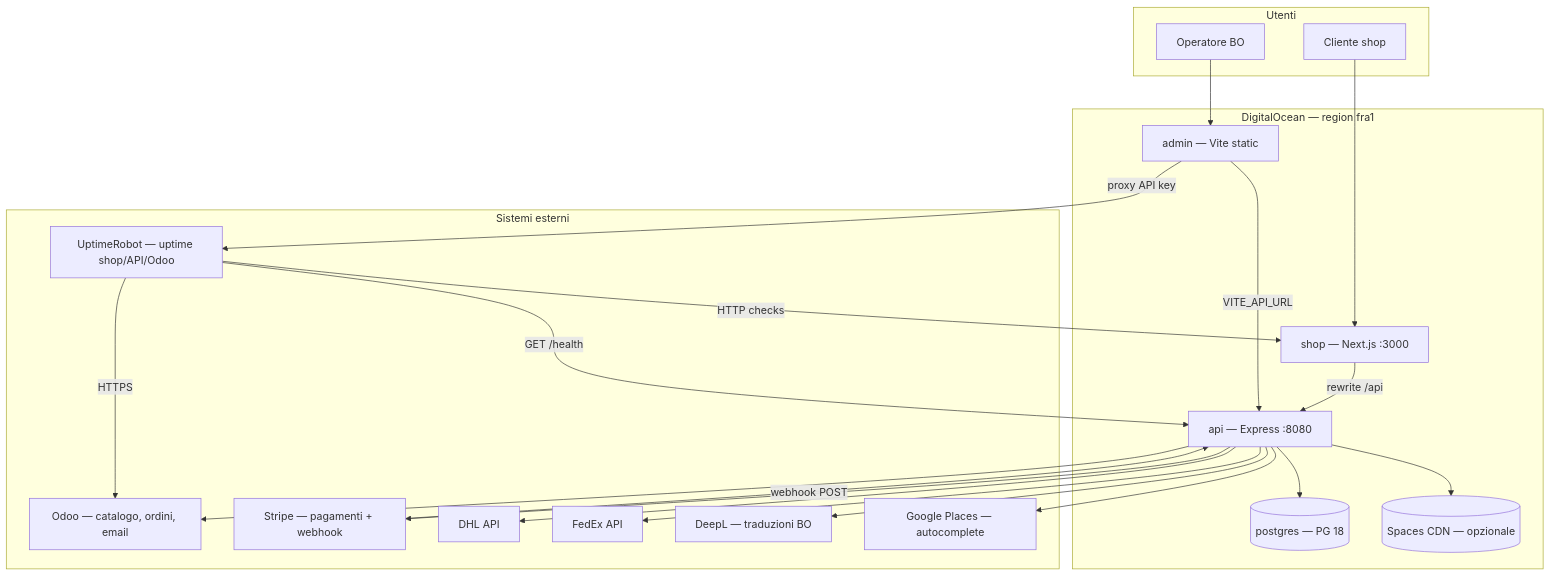
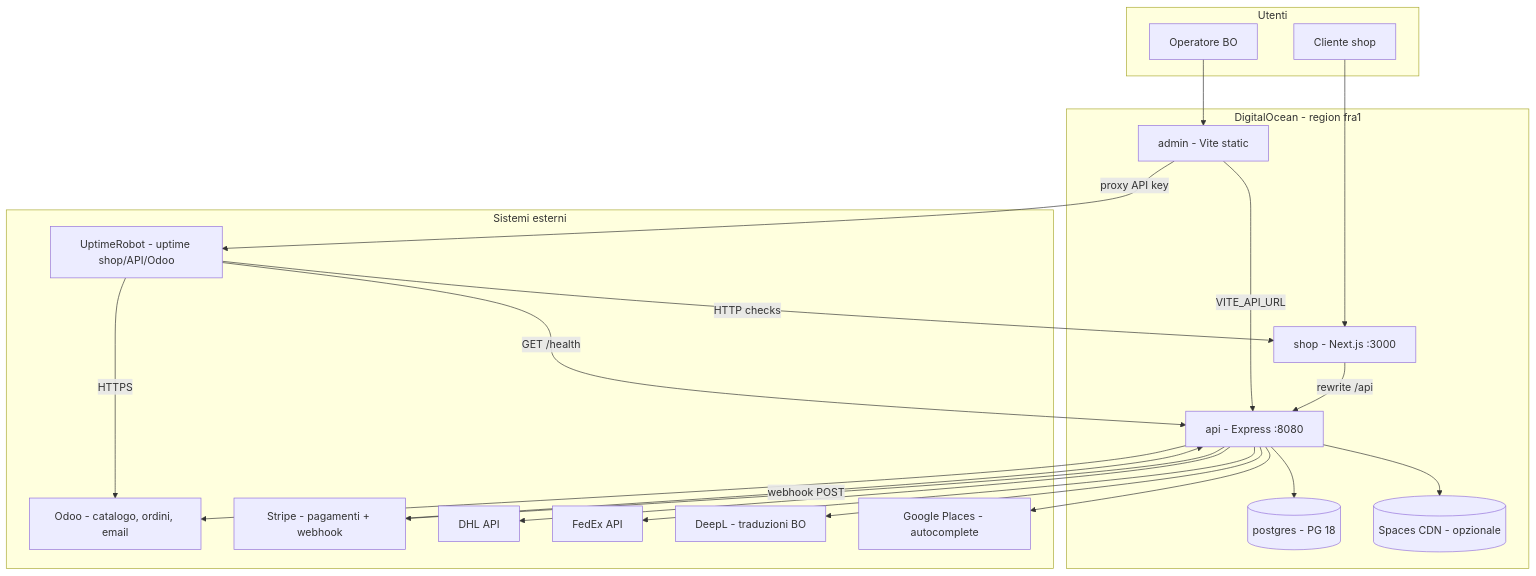
Before and after one commit to rzaccardi/ideadiluce-pwa: the diagram in .do/GO-LIVE.md, drawn with Mermaid. The commit also changed other lines of this file and 266 other files, not shown here.

First line of the commit message:
feat: anteprima template email in admin e allinea vetrina e mail

````diff
--- a/.do/GO-LIVE.md
+++ b/.do/GO-LIVE.md
@@ -17,43 +17,43 @@
 ```mermaid
 flowchart TB
   subgraph users [Utenti]
     SHOP_USER[Cliente shop]
     ADMIN_USER[Operatore BO]
   end
 
-  subgraph do [DigitalOcean — region fra1]
-    SHOP[shop — Next.js :3000]
-    API[api — Express :8080]
-    ADMIN[admin — Vite static]
-    PG[(postgres — PG 18)]
-    SPACES[(Spaces CDN — opzionale)]
+  subgraph do [DigitalOcean - region fra1]
+    SHOP[shop - Next.js :3000]
+    API[api - Express :8080]
+    ADMIN[admin - Vite static]
+    PG[(postgres - PG 18)]
+    SPACES[(Spaces CDN - opzionale)]
   end
 
   subgraph external [Sistemi esterni]
-    ODOO[Odoo — catalogo, ordini, email]
-    STRIPE[Stripe — pagamenti + webhook]
+    ODOO[Odoo - catalogo, ordini, email]
+    STRIPE[Stripe - pagamenti + webhook]
     DHL[DHL API]
     FEDEX[FedEx API]
-    DEEPL[DeepL — traduzioni BO]
-    GMAPS[Google Places — autocomplete]
-    UPTIME[UptimeRobot — uptime shop/API/Odoo]
+    DEEPL[DeepL - traduzioni BO]
+    GMAPS[Google Places - autocomplete]
+    UPTIME[UptimeRobot - uptime shop/API/Odoo]
   end
 
   SHOP_USER --> SHOP
   ADMIN_USER --> ADMIN
   SHOP -->|rewrite /api| API
   ADMIN -->|VITE_API_URL| API
   API --> PG
   API --> ODOO
   API --> STRIPE
   API --> DHL
   API --> FEDEX
   API --> DEEPL
   API --> GMAPS
   API --> SPACES
   ADMIN -->|proxy API key| UPTIME
   UPTIME -->|HTTP checks| SHOP
   UPTIME -->|GET /health| API
   UPTIME -->|HTTPS| ODOO
   STRIPE -->|webhook POST| API
 ```
````
